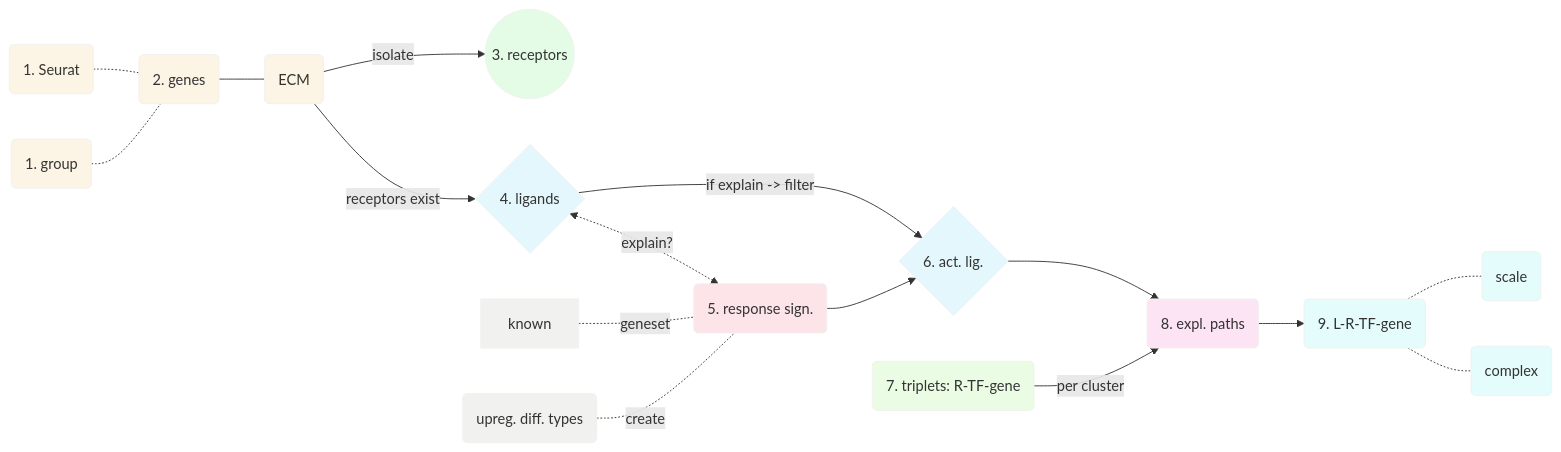
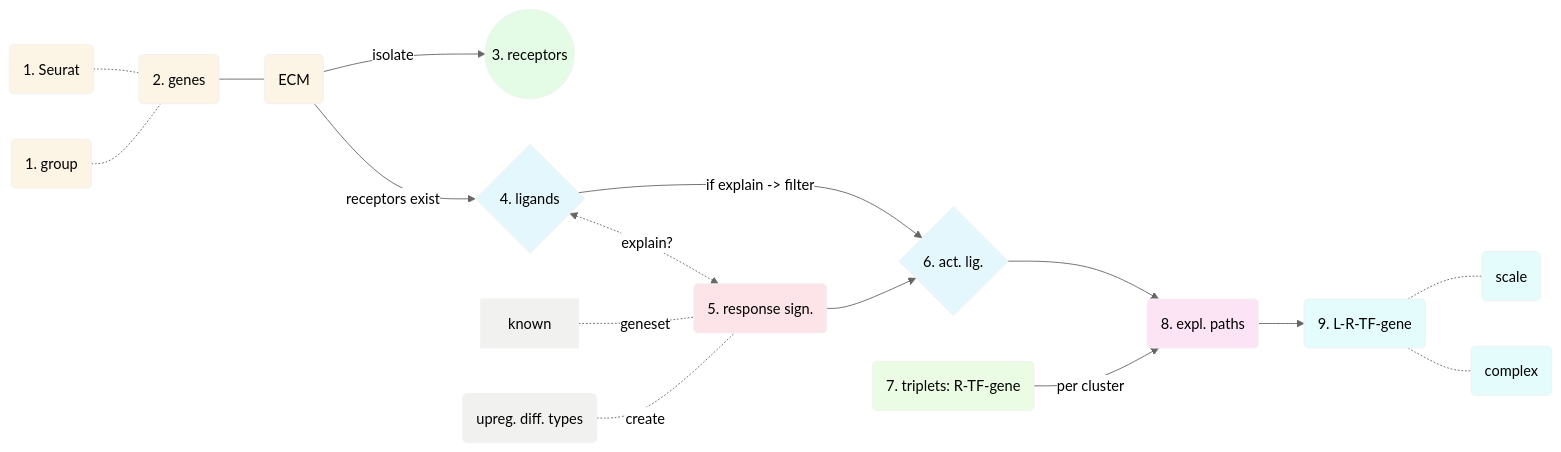
The second of 3 diagrams in README.md (Izzilab/matRicom), drawn with Mermaid before and after one commit. The commit also changed other lines of this file, not shown here.

````diff
--- a/README.md
+++ b/README.md
@@ -175,49 +175,50 @@
 ```mermaid
+%%{init: {'theme': 'neutral' } }%%
 flowchart LR
 
 %% complicated figure like this needs colours
 style 1a fill: #FCF4E4, stroke:#F1F1F0
 style 1b fill: #FCF4E4, stroke:#F1F1F0
 style 2 fill: #FCF4E4, stroke:#F1F1F0
 style 2.1 fill: #FCF4E4, stroke:#F1F1F0
 style 3 fill: #E4FCE5, stroke:#F1F1F0
 style 4 fill: #E4F7FC, stroke:#F1F1F0
 style 5 fill: #FCE4E8, stroke:#F1F1F0
 style 6 fill: #E4F7FC, stroke:#F1F1F0
 style 7 fill: #EBFCE4, stroke:#F1F1F0
 style 8 fill: #FCE4F4, stroke:#F1F1F0
 style 9 fill: #E4FCFB, stroke:#F1F1F0
 style 9a fill: #E4FCFB, stroke:#F1F1F0
 style 9b fill: #E4FCFB, stroke:#F1F1F0
 style known fill: #F1F1F0, stroke:#F1F1F0
 style udp fill: #F1F1F0, stroke:#F1F1F0
 
 %% define abbreviations meaning
 1a(1. Seurat)
 1b(1. group)
 2(2. genes)
 2.1(ECM)
 3((3. receptors))
 4{4. ligands}
 5(5. response sign.)
 6{6. act. lig.}
 7(7. triplets: R-TF-gene)
 8(8. expl. paths)
 9(9. L-R-TF-gene)
 9a(scale)
 9b(complex)
 
 2 --- 2.1 -- isolate --> 3
 %% <-- both exist? --> 4
 2.1 -- receptors exist --> 4
 1a & 1b -.- 2
 4 -- if explain -> filter --> 6
 5 --> 6
 7 -- per cluster --> 8
 6 --> 8
 8 --> 9
 9 -.- 9a & 9b
 known -. geneset .- 5
 udp(upreg. diff. types) -. create -.- 5
 4 <-. explain? .-> 5
 ```
````
